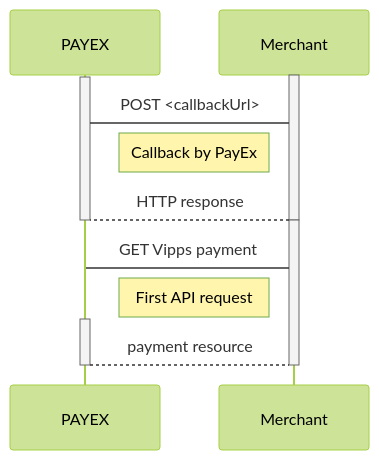
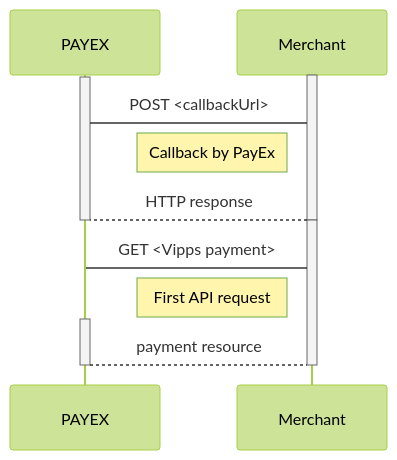
Before and after one commit to SwedbankPay/developer.swedbankpay.com: the diagram in payments/vipps/after-payment.md, drawn with Mermaid (forest theme). The commit also changed other lines of this file and 2 other files, not shown here.

Commit message:
DX-290 Update vipps after-payment with links

````diff
--- a/payments/vipps/after-payment.md
+++ b/payments/vipps/after-payment.md
@@ -704,18 +750,18 @@
 ```mermaid
 sequenceDiagram
-activate Merchant
-activate PAYEX
-PAYEX->Merchant: POST <callbackUrl>
-note left of Merchant: Callback by PayEx
-Merchant-->PAYEX: HTTP response
-deactivate PAYEX
-deactivate Merchant
+    activate Merchant
+    activate PAYEX
+    PAYEX->Merchant: POST <callbackUrl>
+    note left of Merchant: Callback by PayEx
+    Merchant-->PAYEX: HTTP response
+    deactivate PAYEX
+    deactivate Merchant
 
-activate Merchant
-Merchant->PAYEX: GET Vipps payment
-note left of Merchant: First API request
-activate PAYEX
-PAYEX-->Merchant: payment resource
-deactivate PAYEX
-deactivate Merchant
+    activate Merchant
+    Merchant->PAYEX: GET <Vipps payment>
+    note left of Merchant: First API request
+    activate PAYEX
+    PAYEX-->Merchant: payment resource
+    deactivate PAYEX
+    deactivate Merchant
 ```
````
